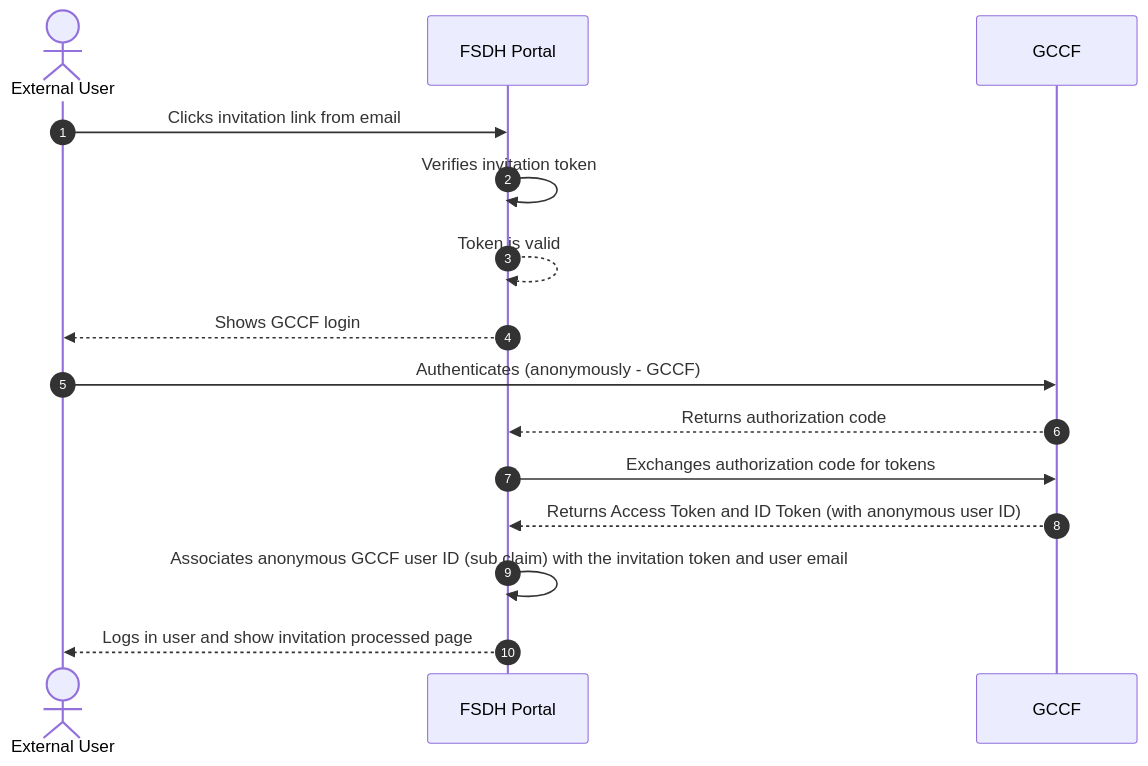
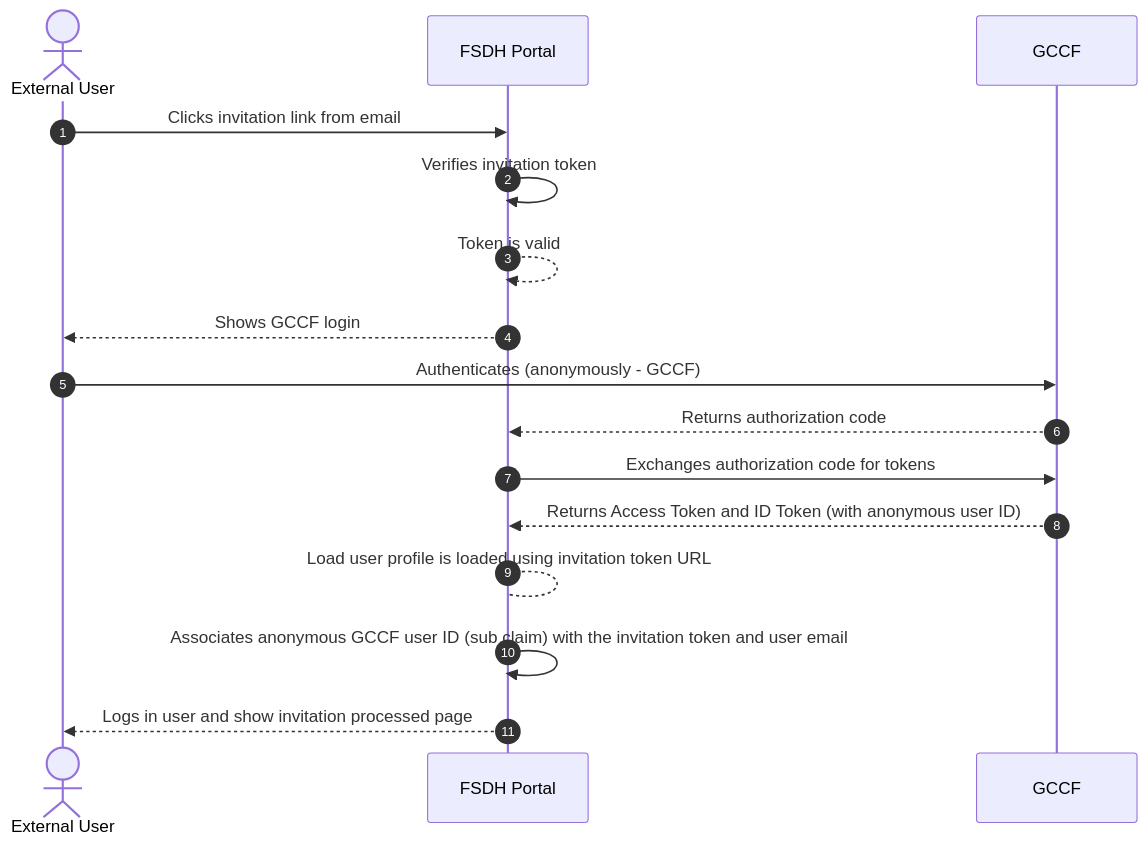
The fifth of 7 diagrams in DeveloperGuide/GCCF/oidc_flow.md (ssc-sp/datahub-docs), drawn with Mermaid before and after one commit. The commit also changed other lines of this file, not shown here.

Commit message:
updated flows from feedback

````diff
--- a/DeveloperGuide/GCCF/oidc_flow.md
+++ b/DeveloperGuide/GCCF/oidc_flow.md
@@ -120,18 +120,19 @@
 ```mermaid
 sequenceDiagram
     actor User as External User
     participant FSDH as FSDH Portal
     participant GCCF as GCCF
 
     autonumber
     User->>FSDH: Clicks invitation link from email
     FSDH->>FSDH: Verifies invitation token
     FSDH-->>FSDH: Token is valid
     FSDH-->>User: Shows GCCF login
     User->>GCCF: Authenticates (anonymously - GCCF)
     GCCF-->>FSDH: Returns authorization code
     FSDH->>GCCF: Exchanges authorization code for tokens
     GCCF-->>FSDH: Returns Access Token and ID Token (with anonymous user ID)
+    FSDH-->FSDH: Load user profile is loaded using invitation token URL
     FSDH->>FSDH: Associates anonymous GCCF user ID (sub claim) with the invitation token and user email
     FSDH-->>User: Logs in user and show invitation processed page    
 ```
````
